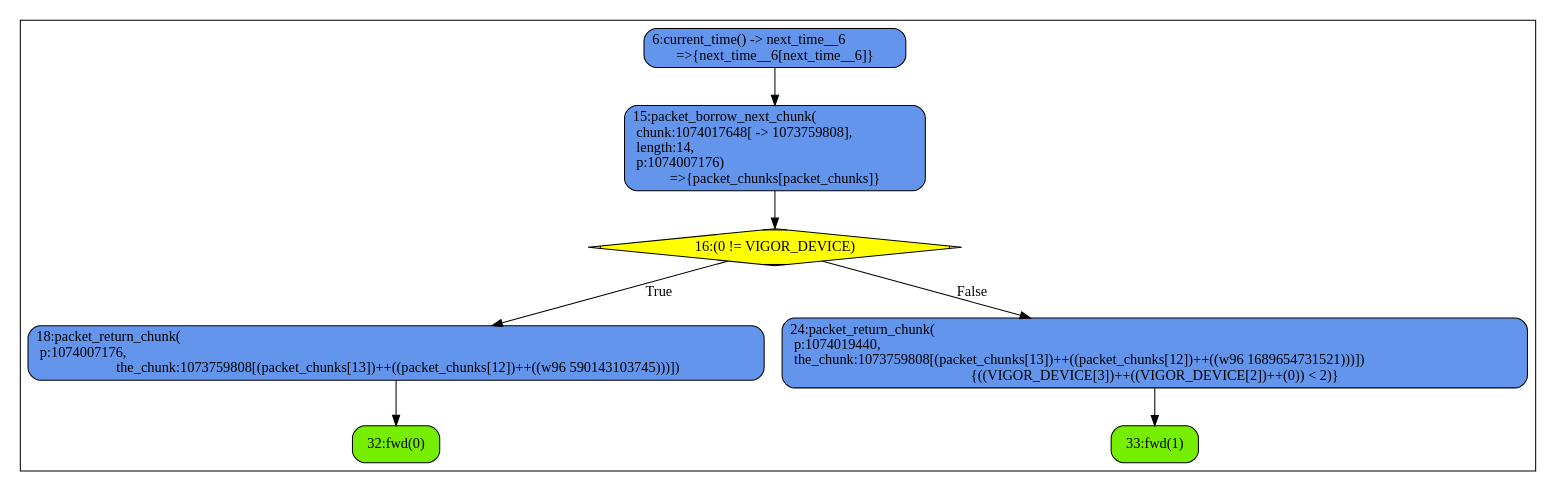
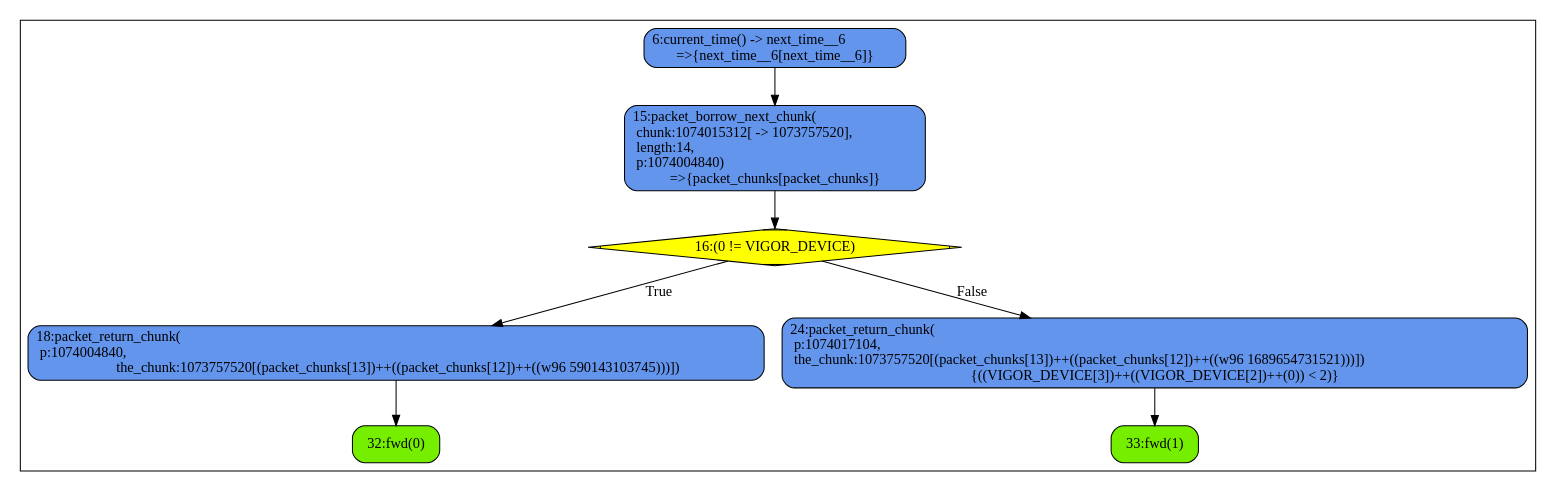
The diagram in bdds/fwd.gv (gui-baeta/synapse), drawn with Graphviz before and after one commit. The commit also changed 288 other files, not shown here.

```diff
--- a/bdds/fwd.gv
+++ b/bdds/fwd.gv
@@ -1,19 +1,19 @@
 digraph mygraph {
 	node [shape=box style=rounded border=0];
 	subgraph clusterprocess {
 		node [style="rounded,filled",color=black];
 		32 [label="32:fwd(0)", fillcolor="chartreuse2"];
-		18 [label="18:packet_return_chunk(\l  p:1074007176,\l  the_chunk:1073759808[(packet_chunks[13])++((packet_chunks[12])++((w96 590143103745)))])", fillcolor="cornflowerblue"];
+		18 [label="18:packet_return_chunk(\l  p:1074004840,\l  the_chunk:1073757520[(packet_chunks[13])++((packet_chunks[12])++((w96 590143103745)))])", fillcolor="cornflowerblue"];
 		18 -> 32;
 		33 [label="33:fwd(1)", fillcolor="chartreuse2"];
-		24 [label="24:packet_return_chunk(\l  p:1074019440,\l  the_chunk:1073759808[(packet_chunks[13])++((packet_chunks[12])++((w96 1689654731521)))])\l{((VIGOR_DEVICE[3])++((VIGOR_DEVICE[2])++(0)) < 2)}", fillcolor="cornflowerblue"];
+		24 [label="24:packet_return_chunk(\l  p:1074017104,\l  the_chunk:1073757520[(packet_chunks[13])++((packet_chunks[12])++((w96 1689654731521)))])\l{((VIGOR_DEVICE[3])++((VIGOR_DEVICE[2])++(0)) < 2)}", fillcolor="cornflowerblue"];
 		24 -> 33;
 		16 [shape=Mdiamond, label="16:(0 != VIGOR_DEVICE)", fillcolor="yellow"];
 		16 -> 18 [label="True"];
 		16 -> 24 [label="False"];
-		15 [label="15:packet_borrow_next_chunk(\l  chunk:1074017648[ -> 1073759808],\l  length:14,\l  p:1074007176)\l=>{packet_chunks[packet_chunks]}", fillcolor="cornflowerblue"];
+		15 [label="15:packet_borrow_next_chunk(\l  chunk:1074015312[ -> 1073757520],\l  length:14,\l  p:1074004840)\l=>{packet_chunks[packet_chunks]}", fillcolor="cornflowerblue"];
 		15 -> 16;
 		6 [label="6:current_time() -> next_time__6\l=>{next_time__6[next_time__6]}", fillcolor="cornflowerblue"];
 		6 -> 15;
 	}
 }
```
